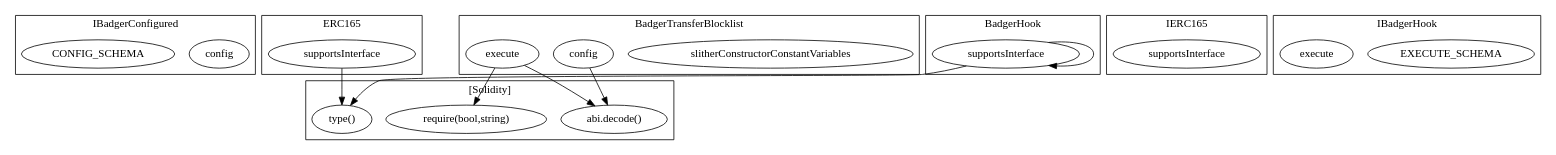
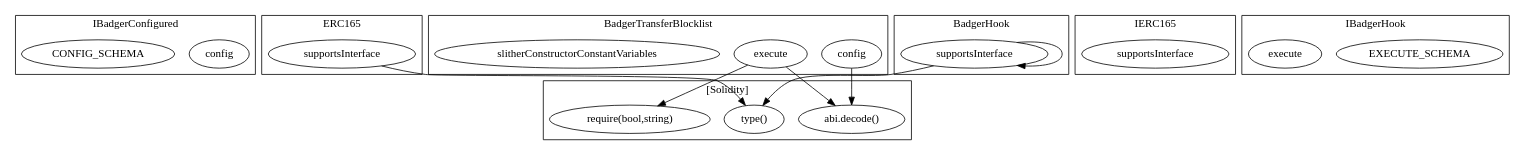
Before and after one commit to FlipsideCrypto/badger: the diagram in contracts/build/...BadgerTransferBlocklist.call-graph.dot, drawn with Graphviz. The commit also changed other lines of this file and 23 other files, not shown here.

```diff
--- a/contracts/build/...BadgerTransferBlocklist.call-graph.dot
+++ b/contracts/build/...BadgerTransferBlocklist.call-graph.dot
@@ -1,36 +1,36 @@
 strict digraph {
 subgraph cluster_6468_IBadgerConfigured {
 label = "IBadgerConfigured"
 "6468_config" [label="config"]
 "6468_CONFIG_SCHEMA" [label="CONFIG_SCHEMA"]
 }subgraph cluster_3081_ERC165 {
 label = "ERC165"
 "3081_supportsInterface" [label="supportsInterface"]
 }subgraph cluster_6068_BadgerTransferBlocklist {
 label = "BadgerTransferBlocklist"
-"6068_slitherConstructorConstantVariables" [label="slitherConstructorConstantVariables"]
 "6068_config" [label="config"]
 "6068_execute" [label="execute"]
+"6068_slitherConstructorConstantVariables" [label="slitherConstructorConstantVariables"]
 }subgraph cluster_3093_IERC165 {
 label = "IERC165"
 "3093_supportsInterface" [label="supportsInterface"]
 }subgraph cluster_6488_IBadgerHook {
 label = "IBadgerHook"
 "6488_EXECUTE_SCHEMA" [label="EXECUTE_SCHEMA"]
 "6488_execute" [label="execute"]
 }subgraph cluster_4956_BadgerHook {
 label = "BadgerHook"
 "4956_supportsInterface" [label="supportsInterface"]
 "4956_supportsInterface" -> "4956_supportsInterface"
 }subgraph cluster_solidity {
 label = "[Solidity]"
+"type()" 
 "require(bool,string)" 
 "abi.decode()" 
-"type()" 
+"3081_supportsInterface" -> "type()"
+"6068_execute" -> "abi.decode()"
+"4956_supportsInterface" -> "type()"
+"6068_execute" -> "require(bool,string)"
 "6068_config" -> "abi.decode()"
-"4956_supportsInterface" -> "type()"
-"3081_supportsInterface" -> "type()"
-"6068_execute" -> "require(bool,string)"
-"6068_execute" -> "abi.decode()"
 }
 }
```
